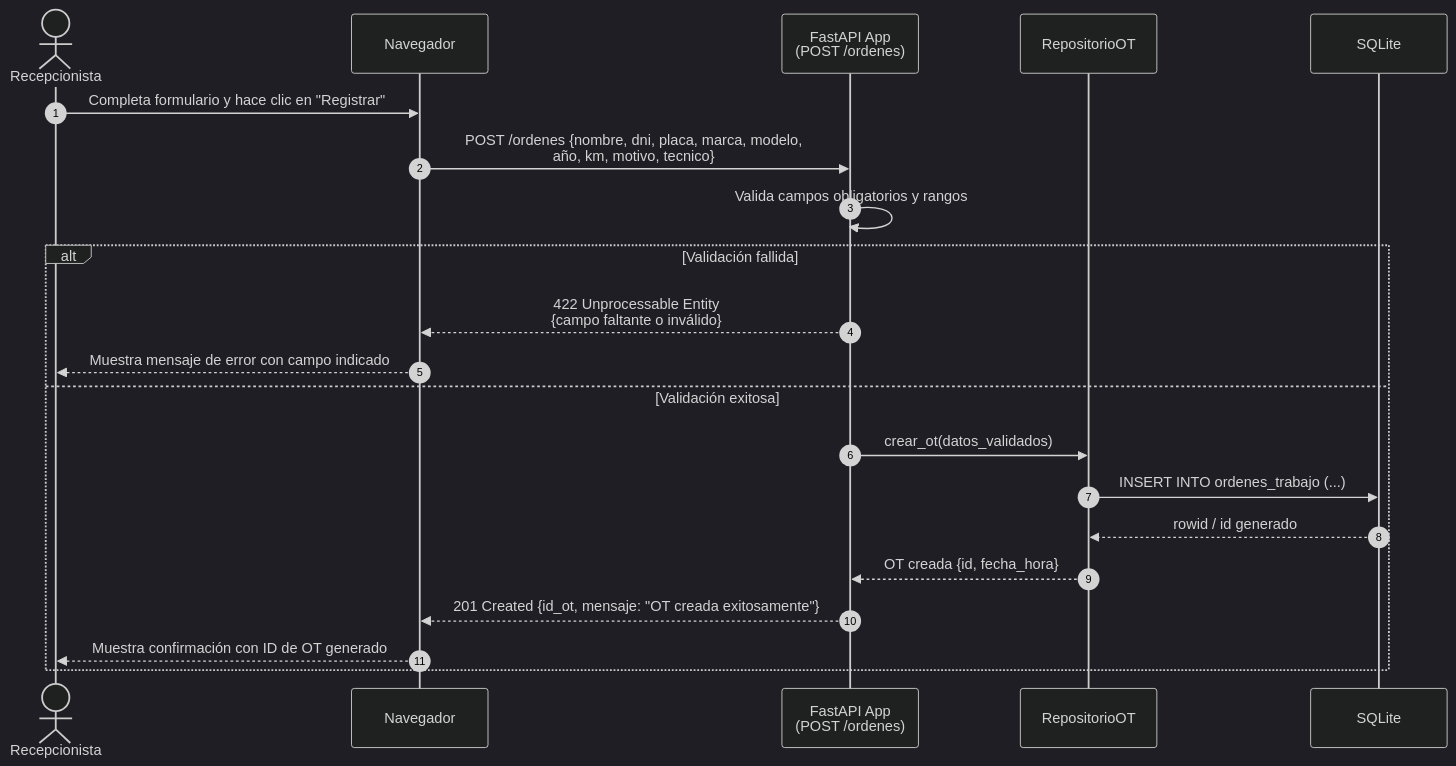
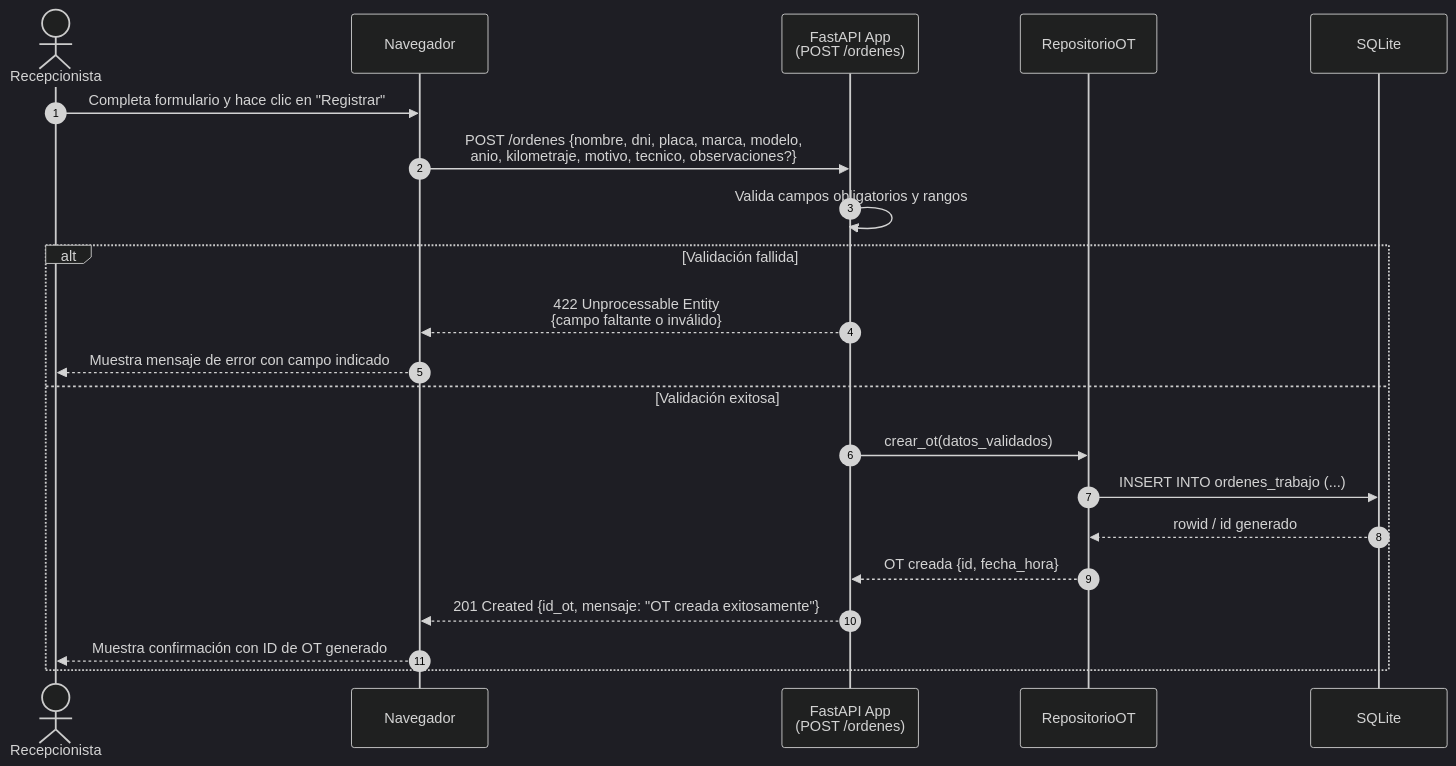
The fourth of 5 diagrams in .kiro/specs/asistente-taller-jorge-motors/design.md (diegocr02/Proyecto-Taller), drawn with Mermaid (dark theme) before and after one commit. The commit also changed other lines of this file and 9 other files, not shown here.

````diff
--- a/.kiro/specs/asistente-taller-jorge-motors/design.md
+++ b/.kiro/specs/asistente-taller-jorge-motors/design.md
@@ -137,24 +148,24 @@
 ```mermaid
 sequenceDiagram
     autonumber
     actor Recepcionista
     participant Navegador
     participant FastAPI as FastAPI App<br/>(POST /ordenes)
     participant RepoOT as RepositorioOT
     participant SQLite
 
     Recepcionista->>Navegador: Completa formulario y hace clic en "Registrar"
-    Navegador->>FastAPI: POST /ordenes {nombre, dni, placa, marca, modelo,<br/>año, km, motivo, tecnico}
+    Navegador->>FastAPI: POST /ordenes {nombre, dni, placa, marca, modelo,<br/>anio, kilometraje, motivo, tecnico, observaciones?}
     FastAPI->>FastAPI: Valida campos obligatorios y rangos
     alt Validación fallida
         FastAPI-->>Navegador: 422 Unprocessable Entity<br/>{campo faltante o inválido}
         Navegador-->>Recepcionista: Muestra mensaje de error con campo indicado
     else Validación exitosa
         FastAPI->>RepoOT: crear_ot(datos_validados)
         RepoOT->>SQLite: INSERT INTO ordenes_trabajo (...)
         SQLite-->>RepoOT: rowid / id generado
         RepoOT-->>FastAPI: OT creada {id, fecha_hora}
         FastAPI-->>Navegador: 201 Created {id_ot, mensaje: "OT creada exitosamente"}
         Navegador-->>Recepcionista: Muestra confirmación con ID de OT generado
     end
 ```
````
